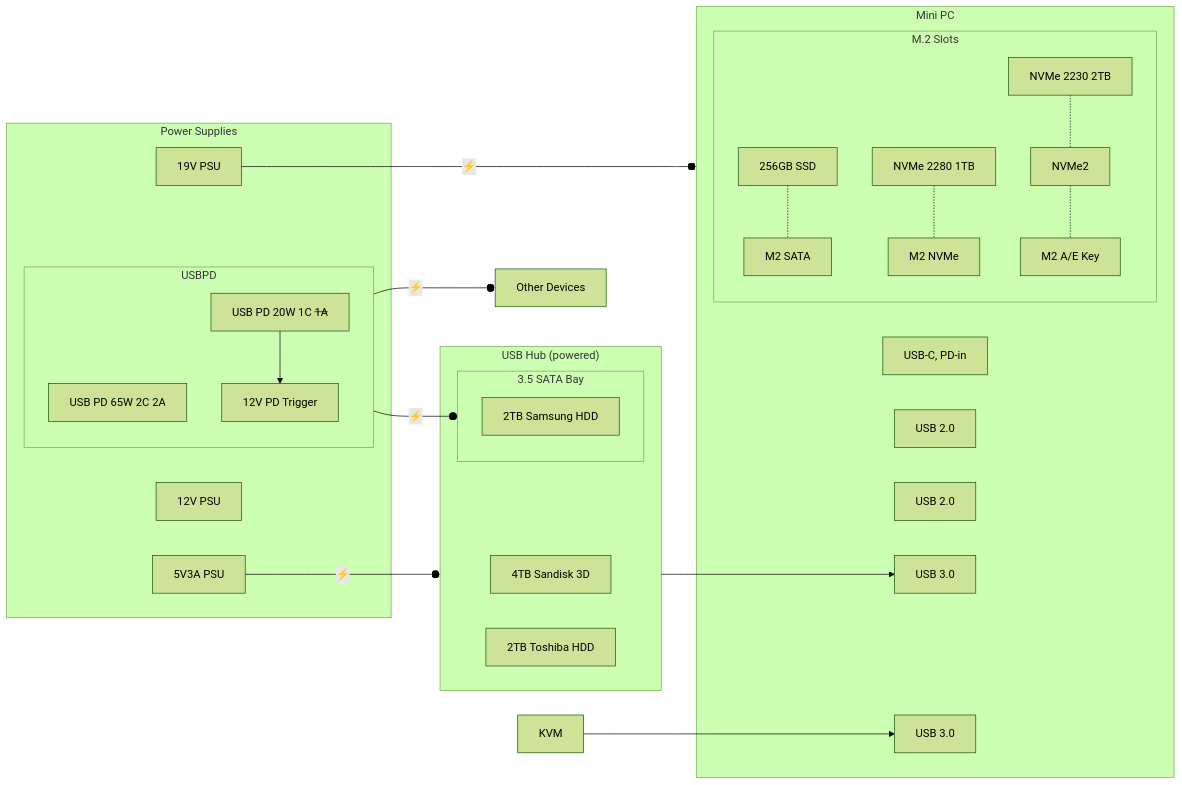
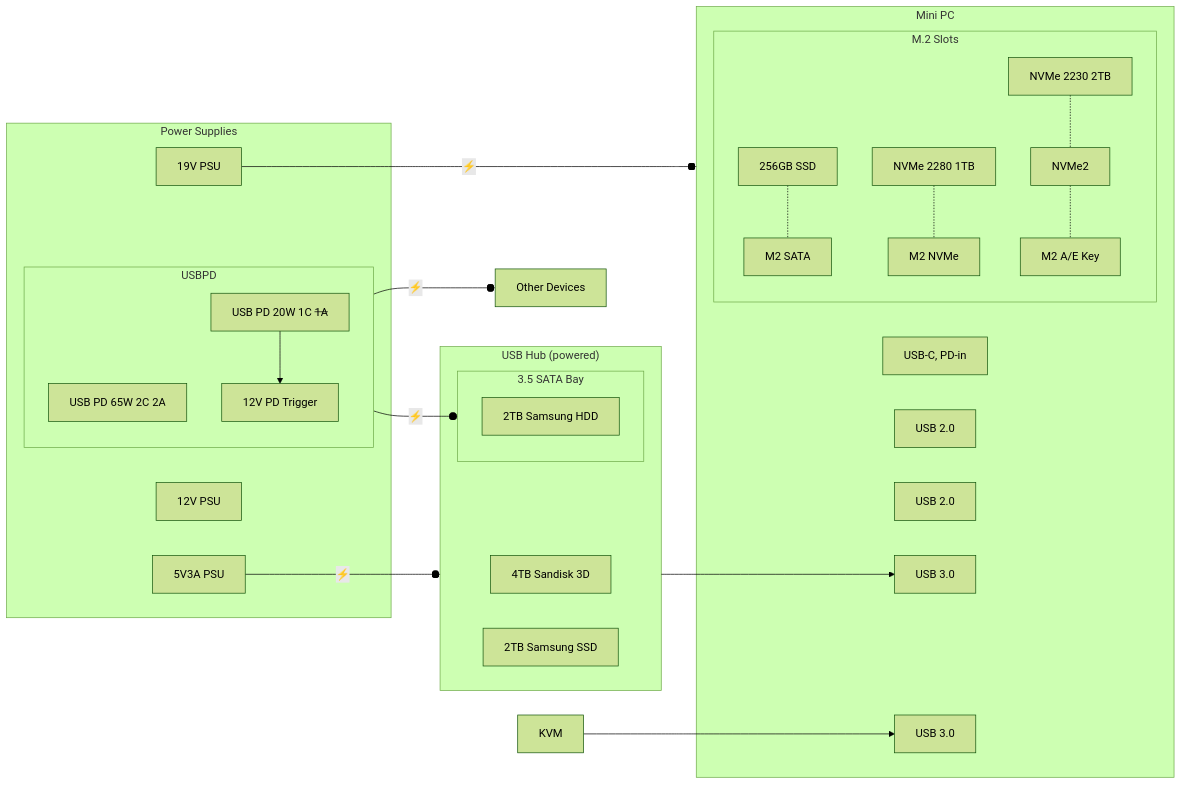
The first of 3 diagrams in homelab/docs/Storage.md (ubunatic/dotfiles), drawn with Mermaid (forest theme) before and after one commit. The commit also changed other lines of this file and 1 other file, not shown here.

````diff
--- a/homelab/docs/Storage.md
+++ b/homelab/docs/Storage.md
@@ -43,47 +43,47 @@
 ```mermaid
 graph LR
     subgraph Mini[Mini PC]
         USBC[USB-C, PD-in]
         subgraph M2[M.2 Slots]
           256G[256GB SSD] -.- M2SATA[M2 SATA]
           NVMe1TB[NVMe 2280 1TB] -.- NVMe1[M2 NVMe]
           NVMe2TB[NVMe 2230 2TB] -.- NVMe2 -.- M2AE[M2 A/E Key]
         end
         USB2.1[USB 2.0]
         USB2.2[USB 2.0]
         USB3.1[USB 3.0]
         USB3.2[USB 3.0]
     end
 
     subgraph SATABay[3.5 SATA Bay]
         HDD2S[2TB Samsung HDD]
     end
 
     subgraph USBHub["USB Hub (powered)"]
         subgraph SATABay[3.5 SATA Bay]
             HDD2S[2TB Samsung HDD]
         end
         SSD4[4TB Sandisk 3D]
-        SSD2[2TB Toshiba HDD]
+        SSD2[2TB Samsung SSD]
     end
 
     subgraph Power[Power Supplies]
         subgraph USBPD
         direction TB
         USBPD65W[USB PD 65W 2C 2A]
         USBPD20W[USB PD 20W 1C <strike>1A</strike>] --> PSU12V.2[12V PD Trigger]
         end
         PSU19V[19V PSU]
         PSU12V.1[12V PSU]
         USB5V[5V3A PSU]
     end
 
     USBPD65W --o|⚡️| other[Other Devices]
 
     KVM --> USB3.2
     USBHub --> USB3.1
 
     USB5V --o|⚡️| USBHub
     PSU19V --o|⚡️| Mini
     PSU12V.2 --o|⚡️| SATABay
 ```
````
